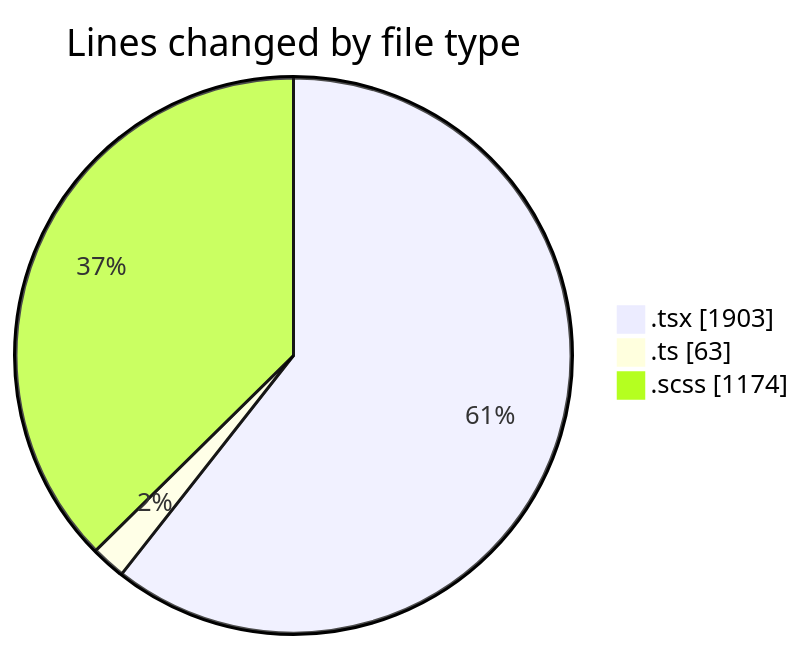
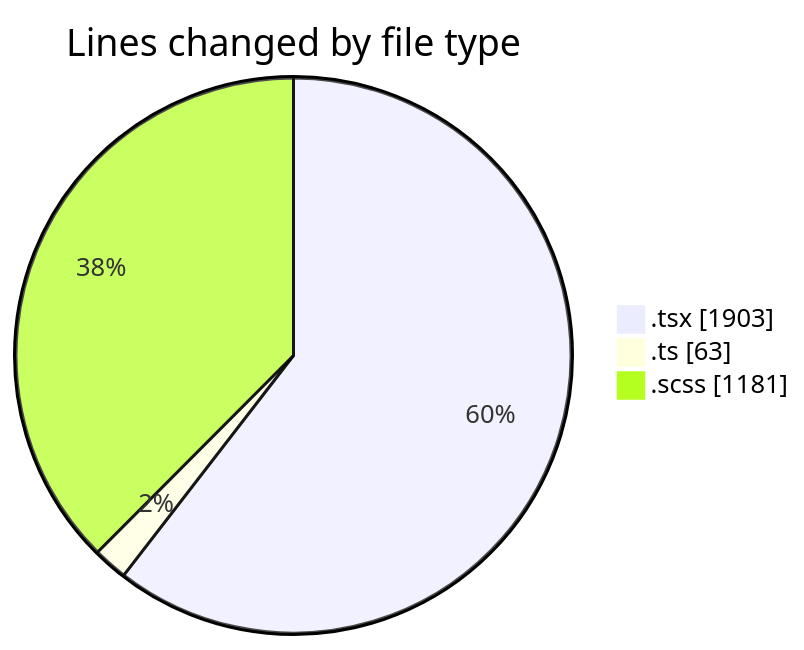
One commit to momahboobian/code-tracking changed the first of 2 diagrams in 2025-04-02/cda/README.md. Above: the diagram before and after it, drawn with Mermaid. The commit also changed other lines of this file and 1 other file, not shown here.

````diff
--- a/2025-04-02/cda/README.md
+++ b/2025-04-02/cda/README.md
@@ -30,7 +30,7 @@
 ```mermaid
 pie showData
 title Lines changed by file type
 ".tsx" : 1903
 ".ts" : 63
-".scss" : 1174
+".scss" : 1181
 ```
````
